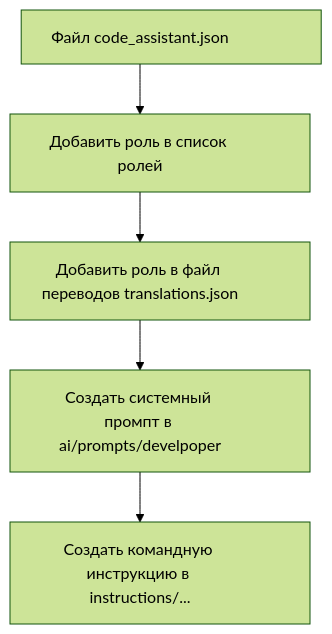
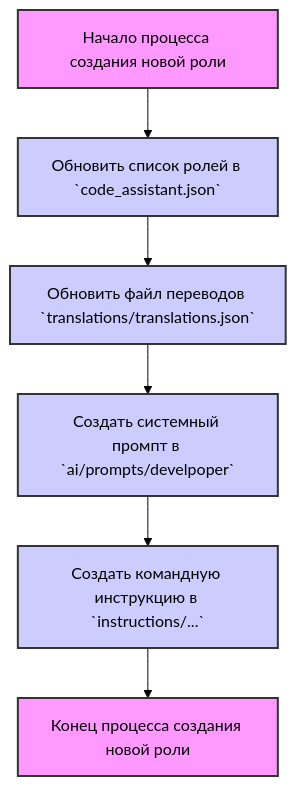
The diagram in docs/gemini/ru/explainer/src/endpoints/hypo69/code_assistant/assests/mmd/create_role.mmd.md (hypo69/hypo), drawn with Mermaid (forest theme) before and after one commit. The commit also changed other lines of this file and 98 other files, not shown here.

````diff
--- a/docs/gemini/ru/explainer/src/endpoints/hypo69/code_assistant/assests/mmd/create_role.mmd.md
+++ b/docs/gemini/ru/explainer/src/endpoints/hypo69/code_assistant/assests/mmd/create_role.mmd.md
@@ -22,14 +34,15 @@
 ```mermaid
 graph TD
-    code_assistant_json[Файл code_assistant.json] --> add_role_to_list[Добавить роль в список ролей];
-    add_role_to_list --> translations_json[Добавить роль в файл переводов translations.json];
-    translations_json --> create_system_prompt[Создать системный промпт в ai/prompts/develpoper];
-    create_system_prompt --> create_command_instruction[Создать командную инструкцию в instructions/...];
+    start_process[Начало процесса создания новой роли] --> update_roles_list[Обновить список ролей в `code_assistant.json`];
+    update_roles_list --> update_translations[Обновить файл переводов `translations/translations.json`];
+    update_translations --> create_system_prompt[Создать системный промпт в `ai/prompts/develpoper`];
+    create_system_prompt --> create_command_instruction[Создать командную инструкцию в `instructions/...`];
+    create_command_instruction --> end_process[Конец процесса создания новой роли];
 
-    %% Настройка стилей блоков
-    style code_assistant_json width: 300px;
-    style add_role_to_list width: 300px;
-    style translations_json width: 300px;
-    style create_system_prompt width: 300px;
-    style create_command_instruction width: 300px;
+    style start_process fill:#f9f,stroke:#333,stroke-width:2px
+    style end_process fill:#f9f,stroke:#333,stroke-width:2px
+    style update_roles_list fill:#ccf,stroke:#333,stroke-width:2px
+    style update_translations fill:#ccf,stroke:#333,stroke-width:2px
+    style create_system_prompt fill:#ccf,stroke:#333,stroke-width:2px
+    style create_command_instruction fill:#ccf,stroke:#333,stroke-width:2px
 ```
````
